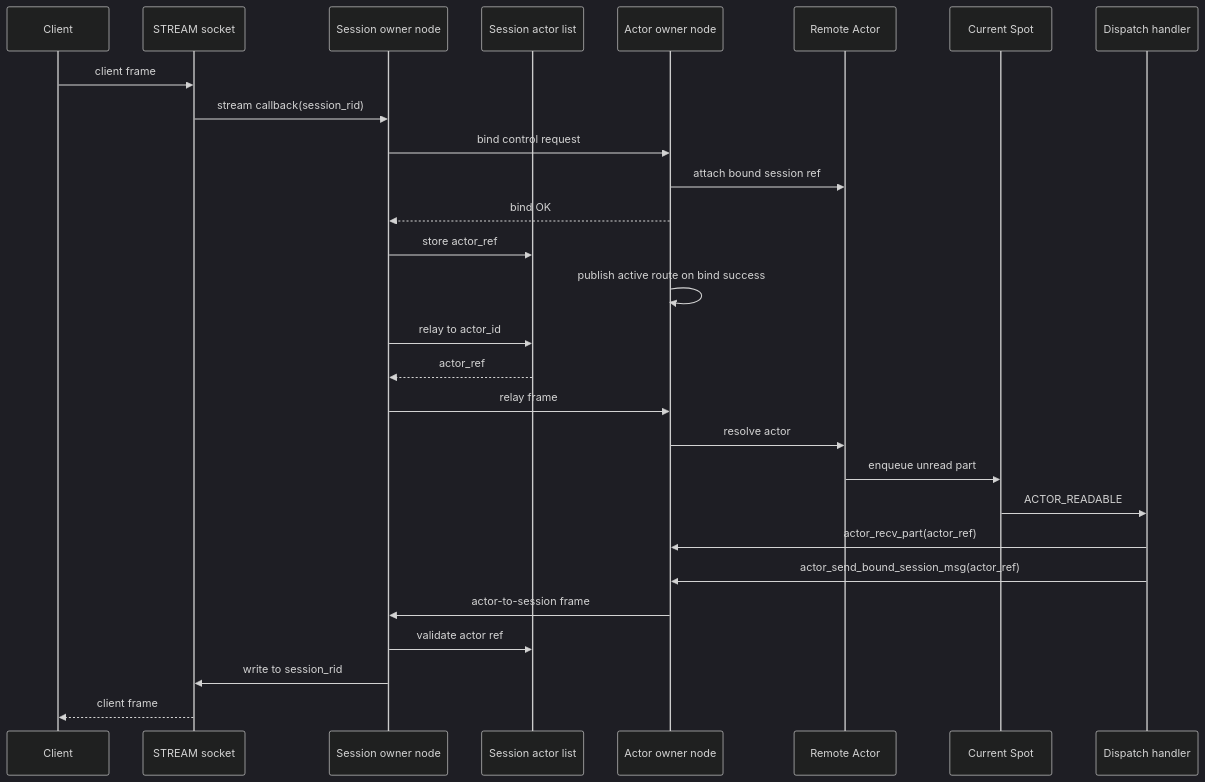
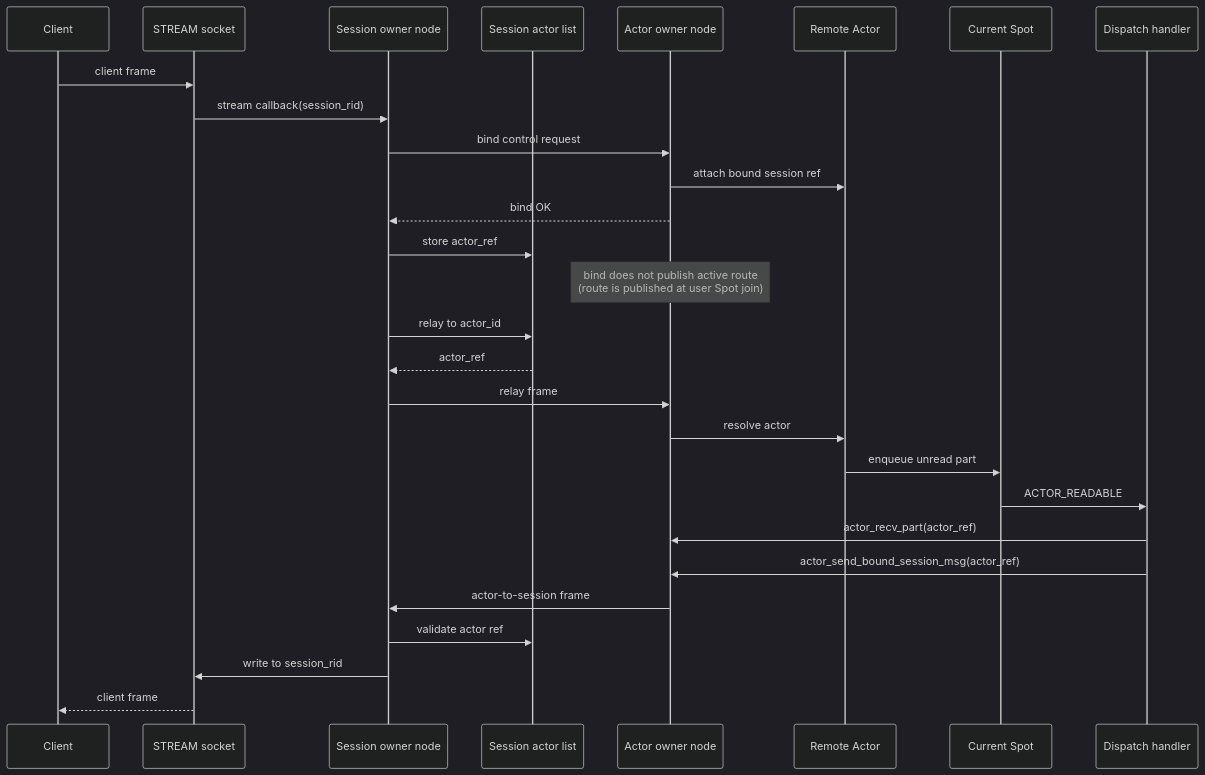
One commit to kairos-code-dev/zlink changed the ninth of 11 diagrams in doc/internals/spot-internals.ko.md. Above: the diagram before and after it, drawn with Mermaid (dark theme). The commit also changed other lines of this file and 18 other files, not shown here.

````diff
--- a/doc/internals/spot-internals.ko.md
+++ b/doc/internals/spot-internals.ko.md
@@ -674,33 +705,33 @@
 ```mermaid
 sequenceDiagram
   participant Client
   participant Stream as STREAM socket
   participant SessNode as Session owner node
   participant List as Session actor list
   participant ActorNode as Actor owner node
   participant ActorObj as Remote Actor
   participant Spot as Current Spot
   participant Handler as Dispatch handler
 
   Client->>Stream: client frame
   Stream->>SessNode: stream callback(session_rid)
   SessNode->>ActorNode: bind control request
   ActorNode->>ActorObj: attach bound session ref
   ActorNode-->>SessNode: bind OK
   SessNode->>List: store actor_ref
-  ActorNode->>ActorNode: publish active route on bind success
+  Note over ActorNode: bind does not publish active route<br/>(route is published at user Spot join)
 
   SessNode->>List: relay to actor_id
   List-->>SessNode: actor_ref
   SessNode->>ActorNode: relay frame
   ActorNode->>ActorObj: resolve actor
   ActorObj->>Spot: enqueue unread part
   Spot->>Handler: ACTOR_READABLE
   Handler->>ActorNode: actor_recv_part(actor_ref)
 
   Handler->>ActorNode: actor_send_bound_session_msg(actor_ref)
   ActorNode->>SessNode: actor-to-session frame
   SessNode->>List: validate actor ref
   SessNode->>Stream: write to session_rid
   Stream-->>Client: client frame
 ```
````
